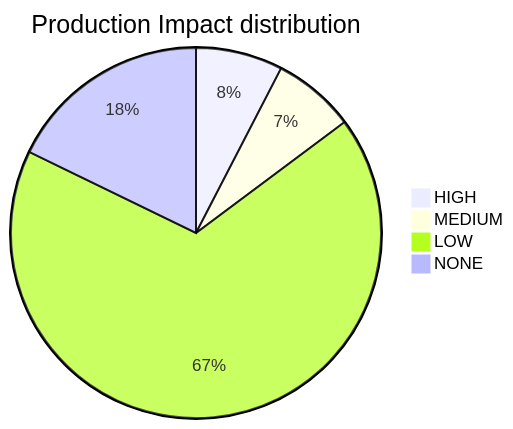
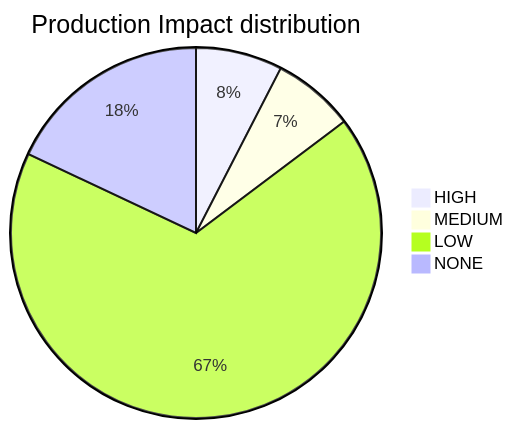
One commit to mikeybeezy/goldenpath-idp-infra changed the diagram in docs/10-governance/reports/HEALTH_AUDIT_LOG.md. Above: the diagram before and after it, drawn with Mermaid. The commit also changed other lines of this file and 1 other file, not shown here.

````diff
--- a/docs/10-governance/reports/HEALTH_AUDIT_LOG.md
+++ b/docs/10-governance/reports/HEALTH_AUDIT_LOG.md
@@ -110,7 +110,7 @@
 ```mermaid
 pie title Production Impact distribution
     "HIGH" : 58
     "MEDIUM" : 55
-    "LOW" : 515
-    "NONE" : 136
+    "LOW" : 516
+    "NONE" : 138
 ```
````
